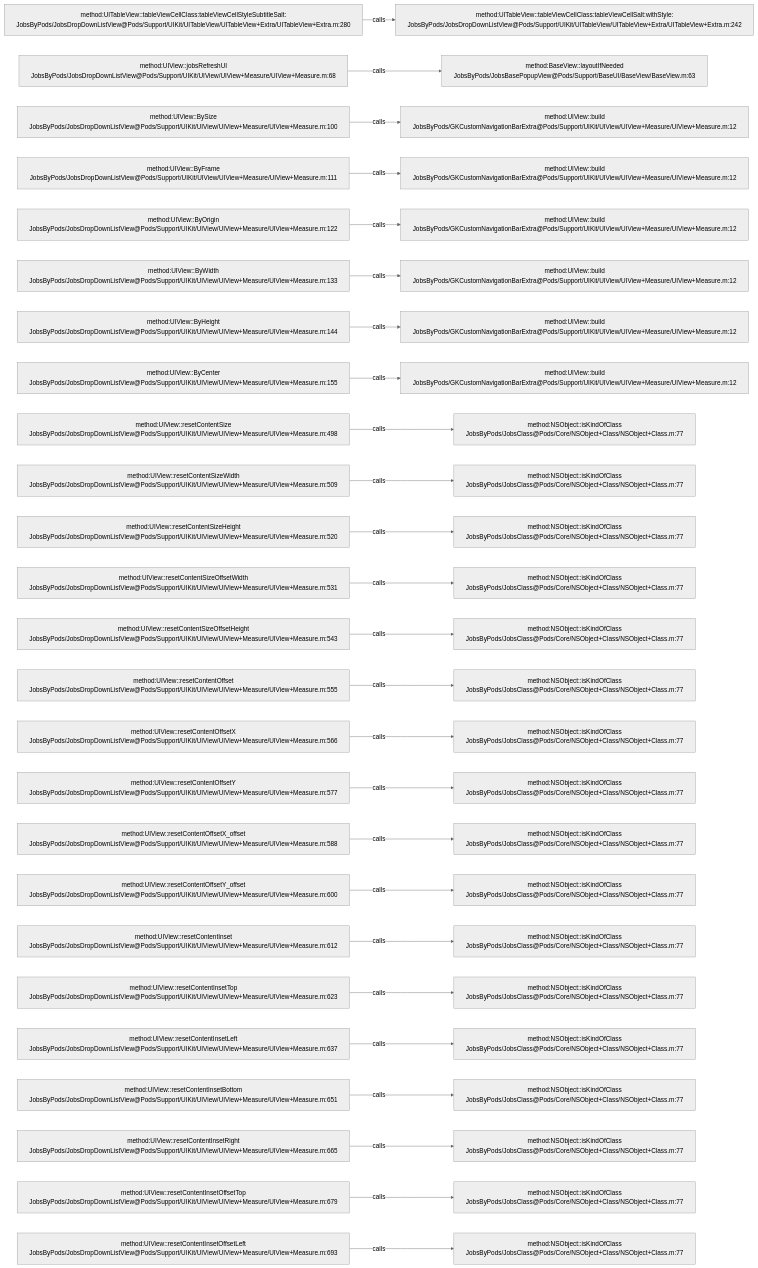
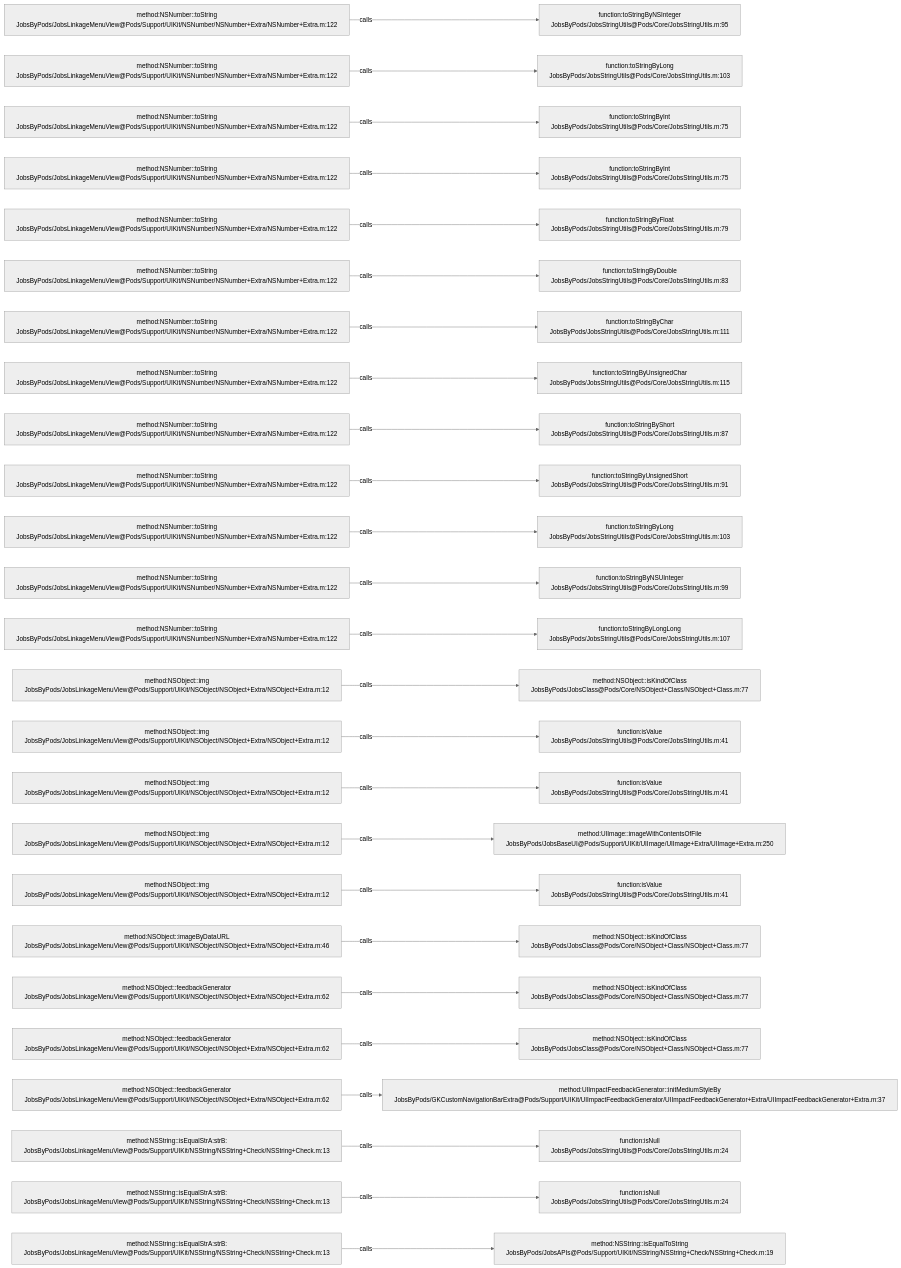
One commit to JobsKits/JobsOCBaseConfigDemo changed the diagram in .codegraph/codegraph.md/graphs/calls-098.md. Above: the diagram before and after it, drawn with Mermaid (neutral theme). The commit also changed 639 other files, not shown here.

````diff
--- a/.codegraph/codegraph.md/graphs/calls-098.md
+++ b/.codegraph/codegraph.md/graphs/calls-098.md
@@ -13,78 +13,78 @@
 ```mermaid
 flowchart LR
-  S1["method:UITableView::tableViewCellClass:tableViewCellStyleSubtitleSalt:<br/>JobsByPods/JobsDropDownListView@Pods/Support/UIKit/UITableView/UITableView+Extra/UITableView+Extra.m:280"]
-  T1["method:UITableView::tableViewCellClass:tableViewCellSalt:withStyle:<br/>JobsByPods/JobsDropDownListView@Pods/Support/UIKit/UITableView/UITableView+Extra/UITableView+Extra.m:242"]
+  S1["method:NSNumber::toString<br/>JobsByPods/JobsLinkageMenuView@Pods/Support/UIKit/NSNumber/NSNumber+Extra/NSNumber+Extra.m:122"]
+  T1["function:toStringByNSInteger<br/>JobsByPods/JobsStringUtils@Pods/Core/JobsStringUtils.m:95"]
   S1 -->|calls| T1
-  S2["method:UIView::jobsRefreshUI<br/>JobsByPods/JobsDropDownListView@Pods/Support/UIKit/UIView/UIView+Measure/UIView+Measure.m:68"]
-  T2["method:BaseView::layoutIfNeeded<br/>JobsByPods/JobsBasePopupView@Pods/Support/BaseUI/BaseView/BaseView.m:63"]
+  S2["method:NSNumber::toString<br/>JobsByPods/JobsLinkageMenuView@Pods/Support/UIKit/NSNumber/NSNumber+Extra/NSNumber+Extra.m:122"]
+  T2["function:toStringByLong<br/>JobsByPods/JobsStringUtils@Pods/Core/JobsStringUtils.m:103"]
   S2 -->|calls| T2
-  S3["method:UIView::BySize<br/>JobsByPods/JobsDropDownListView@Pods/Support/UIKit/UIView/UIView+Measure/UIView+Measure.m:100"]
-  T3["method:UIView::build<br/>JobsByPods/GKCustomNavigationBarExtra@Pods/Support/UIKit/UIView/UIView+Measure/UIView+Measure.m:12"]
+  S3["method:NSNumber::toString<br/>JobsByPods/JobsLinkageMenuView@Pods/Support/UIKit/NSNumber/NSNumber+Extra/NSNumber+Extra.m:122"]
+  T3["function:toStringByInt<br/>JobsByPods/JobsStringUtils@Pods/Core/JobsStringUtils.m:75"]
   S3 -->|calls| T3
-  S4["method:UIView::ByFrame<br/>JobsByPods/JobsDropDownListView@Pods/Support/UIKit/UIView/UIView+Measure/UIView+Measure.m:111"]
-  T4["method:UIView::build<br/>JobsByPods/GKCustomNavigationBarExtra@Pods/Support/UIKit/UIView/UIView+Measure/UIView+Measure.m:12"]
+  S4["method:NSNumber::toString<br/>JobsByPods/JobsLinkageMenuView@Pods/Support/UIKit/NSNumber/NSNumber+Extra/NSNumber+Extra.m:122"]
+  T4["function:toStringByInt<br/>JobsByPods/JobsStringUtils@Pods/Core/JobsStringUtils.m:75"]
   S4 -->|calls| T4
-  S5["method:UIView::ByOrigin<br/>JobsByPods/JobsDropDownListView@Pods/Support/UIKit/UIView/UIView+Measure/UIView+Measure.m:122"]
-  T5["method:UIView::build<br/>JobsByPods/GKCustomNavigationBarExtra@Pods/Support/UIKit/UIView/UIView+Measure/UIView+Measure.m:12"]
+  S5["method:NSNumber::toString<br/>JobsByPods/JobsLinkageMenuView@Pods/Support/UIKit/NSNumber/NSNumber+Extra/NSNumber+Extra.m:122"]
+  T5["function:toStringByFloat<br/>JobsByPods/JobsStringUtils@Pods/Core/JobsStringUtils.m:79"]
   S5 -->|calls| T5
-  S6["method:UIView::ByWidth<br/>JobsByPods/JobsDropDownListView@Pods/Support/UIKit/UIView/UIView+Measure/UIView+Measure.m:133"]
-  T6["method:UIView::build<br/>JobsByPods/GKCustomNavigationBarExtra@Pods/Support/UIKit/UIView/UIView+Measure/UIView+Measure.m:12"]
+  S6["method:NSNumber::toString<br/>JobsByPods/JobsLinkageMenuView@Pods/Support/UIKit/NSNumber/NSNumber+Extra/NSNumber+Extra.m:122"]
+  T6["function:toStringByDouble<br/>JobsByPods/JobsStringUtils@Pods/Core/JobsStringUtils.m:83"]
   S6 -->|calls| T6
-  S7["method:UIView::ByHeight<br/>JobsByPods/JobsDropDownListView@Pods/Support/UIKit/UIView/UIView+Measure/UIView+Measure.m:144"]
-  T7["method:UIView::build<br/>JobsByPods/GKCustomNavigationBarExtra@Pods/Support/UIKit/UIView/UIView+Measure/UIView+Measure.m:12"]
+  S7["method:NSNumber::toString<br/>JobsByPods/JobsLinkageMenuView@Pods/Support/UIKit/NSNumber/NSNumber+Extra/NSNumber+Extra.m:122"]
+  T7["function:toStringByChar<br/>JobsByPods/JobsStringUtils@Pods/Core/JobsStringUtils.m:111"]
   S7 -->|calls| T7
-  S8["method:UIView::ByCenter<br/>JobsByPods/JobsDropDownListView@Pods/Support/UIKit/UIView/UIView+Measure/UIView+Measure.m:155"]
-  T8["method:UIView::build<br/>JobsByPods/GKCustomNavigationBarExtra@Pods/Support/UIKit/UIView/UIView+Measure/UIView+Measure.m:12"]
+  S8["method:NSNumber::toString<br/>JobsByPods/JobsLinkageMenuView@Pods/Support/UIKit/NSNumber/NSNumber+Extra/NSNumber+Extra.m:122"]
+  T8["function:toStringByUnsignedChar<br/>JobsByPods/JobsStringUtils@Pods/Core/JobsStringUtils.m:115"]
   S8 -->|calls| T8
-  S9["method:UIView::resetContentSize<br/>JobsByPods/JobsDropDownListView@Pods/Support/UIKit/UIView/UIView+Measure/UIView+Measure.m:498"]
-  T9["method:NSObject::isKindOfClass<br/>JobsByPods/JobsClass@Pods/Core/NSObject+Class/NSObject+Class.m:77"]
+  S9["method:NSNumber::toString<br/>JobsByPods/JobsLinkageMenuView@Pods/Support/UIKit/NSNumber/NSNumber+Extra/NSNumber+Extra.m:122"]
+  T9["function:toStringByShort<br/>JobsByPods/JobsStringUtils@Pods/Core/JobsStringUtils.m:87"]
   S9 -->|calls| T9
-  S10["method:UIView::resetContentSizeWidth<br/>JobsByPods/JobsDropDownListView@Pods/Support/UIKit/UIView/UIView+Measure/UIView+Measure.m:509"]
-  T10["method:NSObject::isKindOfClass<br/>JobsByPods/JobsClass@Pods/Core/NSObject+Class/NSObject+Class.m:77"]
+  S10["method:NSNumber::toString<br/>JobsByPods/JobsLinkageMenuView@Pods/Support/UIKit/NSNumber/NSNumber+Extra/NSNumber+Extra.m:122"]
+  T10["function:toStringByUnsignedShort<br/>JobsByPods/JobsStringUtils@Pods/Core/JobsStringUtils.m:91"]
   S10 -->|calls| T10
-  S11["method:UIView::resetContentSizeHeight<br/>JobsByPods/JobsDropDownListView@Pods/Support/UIKit/UIView/UIView+Measure/UIView+Measure.m:520"]
-  T11["method:NSObject::isKindOfClass<br/>JobsByPods/JobsClass@Pods/Core/NSObject+Class/NSObject+Class.m:77"]
+  S11["method:NSNumber::toString<br/>JobsByPods/JobsLinkageMenuView@Pods/Support/UIKit/NSNumber/NSNumber+Extra/NSNumber+Extra.m:122"]
+  T11["function:toStringByLong<br/>JobsByPods/JobsStringUtils@Pods/Core/JobsStringUtils.m:103"]
   S11 -->|calls| T11
-  S12["method:UIView::resetContentSizeOffsetWidth<br/>JobsByPods/JobsDropDownListView@Pods/Support/UIKit/UIView/UIView+Measure/UIView+Measure.m:531"]
-  T12["method:NSObject::isKindOfClass<br/>JobsByPods/JobsClass@Pods/Core/NSObject+Class/NSObject+Class.m:77"]
+  S12["method:NSNumber::toString<br/>JobsByPods/JobsLinkageMenuView@Pods/Support/UIKit/NSNumber/NSNumber+Extra/NSNumber+Extra.m:122"]
+  T12["function:toStringByNSUInteger<br/>JobsByPods/JobsStringUtils@Pods/Core/JobsStringUtils.m:99"]
   S12 -->|calls| T12
-  S13["method:UIView::resetContentSizeOffsetHeight<br/>JobsByPods/JobsDropDownListView@Pods/Support/UIKit/UIView/UIView+Measure/UIView+Measure.m:543"]
-  T13["method:NSObject::isKindOfClass<br/>JobsByPods/JobsClass@Pods/Core/NSObject+Class/NSObject+Class.m:77"]
+  S13["method:NSNumber::toString<br/>JobsByPods/JobsLinkageMenuView@Pods/Support/UIKit/NSNumber/NSNumber+Extra/NSNumber+Extra.m:122"]
+  T13["function:toStringByLongLong<br/>JobsByPods/JobsStringUtils@Pods/Core/JobsStringUtils.m:107"]
   S13 -->|calls| T13
-  S14["method:UIView::resetContentOffset<br/>JobsByPods/JobsDropDownListView@Pods/Support/UIKit/UIView/UIView+Measure/UIView+Measure.m:555"]
+  S14["method:NSObject::img<br/>JobsByPods/JobsLinkageMenuView@Pods/Support/UIKit/NSObject/NSObject+Extra/NSObject+Extra.m:12"]
   T14["method:NSObject::isKindOfClass<br/>JobsByPods/JobsClass@Pods/Core/NSObject+Class/NSObject+Class.m:77"]
   S14 -->|calls| T14
-  S15["method:UIView::resetContentOffsetX<br/>JobsByPods/JobsDropDownListView@Pods/Support/UIKit/UIView/UIView+Measure/UIView+Measure.m:566"]
-  T15["method:NSObject::isKindOfClass<br/>JobsByPods/JobsClass@Pods/Core/NSObject+Class/NSObject+Class.m:77"]
+  S15["method:NSObject::img<br/>JobsByPods/JobsLinkageMenuView@Pods/Support/UIKit/NSObject/NSObject+Extra/NSObject+Extra.m:12"]
+  T15["function:isValue<br/>JobsByPods/JobsStringUtils@Pods/Core/JobsStringUtils.m:41"]
   S15 -->|calls| T15
-  S16["method:UIView::resetContentOffsetY<br/>JobsByPods/JobsDropDownListView@Pods/Support/UIKit/UIView/UIView+Measure/UIView+Measure.m:577"]
-  T16["method:NSObject::isKindOfClass<br/>JobsByPods/JobsClass@Pods/Core/NSObject+Class/NSObject+Class.m:77"]
+  S16["method:NSObject::img<br/>JobsByPods/JobsLinkageMenuView@Pods/Support/UIKit/NSObject/NSObject+Extra/NSObject+Extra.m:12"]
+  T16["function:isValue<br/>JobsByPods/JobsStringUtils@Pods/Core/JobsStringUtils.m:41"]
   S16 -->|calls| T16
-  S17["method:UIView::resetContentOffsetX_offset<br/>JobsByPods/JobsDropDownListView@Pods/Support/UIKit/UIView/UIView+Measure/UIView+Measure.m:588"]
-  T17["method:NSObject::isKindOfClass<br/>JobsByPods/JobsClass@Pods/Core/NSObject+Class/NSObject+Class.m:77"]
+  S17["method:NSObject::img<br/>JobsByPods/JobsLinkageMenuView@Pods/Support/UIKit/NSObject/NSObject+Extra/NSObject+Extra.m:12"]
+  T17["method:UIImage::imageWithContentsOfFile<br/>JobsByPods/JobsBaseUI@Pods/Support/UIKit/UIImage/UIImage+Extra/UIImage+Extra.m:250"]
   S17 -->|calls| T17
-  S18["method:UIView::resetContentOffsetY_offset<br/>JobsByPods/JobsDropDownListView@Pods/Support/UIKit/UIView/UIView+Measure/UIView+Measure.m:600"]
-  T18["method:NSObject::isKindOfClass<br/>JobsByPods/JobsClass@Pods/Core/NSObject+Class/NSObject+Class.m:77"]
+  S18["method:NSObject::img<br/>JobsByPods/JobsLinkageMenuView@Pods/Support/UIKit/NSObject/NSObject+Extra/NSObject+Extra.m:12"]
+  T18["function:isValue<br/>JobsByPods/JobsStringUtils@Pods/Core/JobsStringUtils.m:41"]
   S18 -->|calls| T18
-  S19["method:UIView::resetContentInset<br/>JobsByPods/JobsDropDownListView@Pods/Support/UIKit/UIView/UIView+Measure/UIView+Measure.m:612"]
+  S19["method:NSObject::imageByDataURL<br/>JobsByPods/JobsLinkageMenuView@Pods/Support/UIKit/NSObject/NSObject+Extra/NSObject+Extra.m:46"]
   T19["method:NSObject::isKindOfClass<br/>JobsByPods/JobsClass@Pods/Core/NSObject+Class/NSObject+Class.m:77"]
   S19 -->|calls| T19
-  S20["method:UIView::resetContentInsetTop<br/>JobsByPods/JobsDropDownListView@Pods/Support/UIKit/UIView/UIView+Measure/UIView+Measure.m:623"]
+  S20["method:NSObject::feedbackGenerator<br/>JobsByPods/JobsLinkageMenuView@Pods/Support/UIKit/NSObject/NSObject+Extra/NSObject+Extra.m:62"]
   T20["method:NSObject::isKindOfClass<br/>JobsByPods/JobsClass@Pods/Core/NSObject+Class/NSObject+Class.m:77"]
   S20 -->|calls| T20
-  S21["method:UIView::resetContentInsetLeft<br/>JobsByPods/JobsDropDownListView@Pods/Support/UIKit/UIView/UIView+Measure/UIView+Measure.m:637"]
+  S21["method:NSObject::feedbackGenerator<br/>JobsByPods/JobsLinkageMenuView@Pods/Support/UIKit/NSObject/NSObject+Extra/NSObject+Extra.m:62"]
   T21["method:NSObject::isKindOfClass<br/>JobsByPods/JobsClass@Pods/Core/NSObject+Class/NSObject+Class.m:77"]
   S21 -->|calls| T21
-  S22["method:UIView::resetContentInsetBottom<br/>JobsByPods/JobsDropDownListView@Pods/Support/UIKit/UIView/UIView+Measure/UIView+Measure.m:651"]
-  T22["method:NSObject::isKindOfClass<br/>JobsByPods/JobsClass@Pods/Core/NSObject+Class/NSObject+Class.m:77"]
+  S22["method:NSObject::feedbackGenerator<br/>JobsByPods/JobsLinkageMenuView@Pods/Support/UIKit/NSObject/NSObject+Extra/NSObject+Extra.m:62"]
+  T22["method:UIImpactFeedbackGenerator::initMediumStyleBy<br/>JobsByPods/GKCustomNavigationBarExtra@Pods/Support/UIKit/UIImpactFeedbackGenerator/UIImpactFeedbackGenerator+Extra/UIImpactFeedbackGenerator+Extra.m:37"]
   S22 -->|calls| T22
-  S23["method:UIView::resetContentInsetRight<br/>JobsByPods/JobsDropDownListView@Pods/Support/UIKit/UIView/UIView+Measure/UIView+Measure.m:665"]
-  T23["method:NSObject::isKindOfClass<br/>JobsByPods/JobsClass@Pods/Core/NSObject+Class/NSObject+Class.m:77"]
+  S23["method:NSString::isEqualStrA:strB:<br/>JobsByPods/JobsLinkageMenuView@Pods/Support/UIKit/NSString/NSString+Check/NSString+Check.m:13"]
+  T23["function:isNull<br/>JobsByPods/JobsStringUtils@Pods/Core/JobsStringUtils.m:24"]
   S23 -->|calls| T23
-  S24["method:UIView::resetContentInsetOffsetTop<br/>JobsByPods/JobsDropDownListView@Pods/Support/UIKit/UIView/UIView+Measure/UIView+Measure.m:679"]
-  T24["method:NSObject::isKindOfClass<br/>JobsByPods/JobsClass@Pods/Core/NSObject+Class/NSObject+Class.m:77"]
+  S24["method:NSString::isEqualStrA:strB:<br/>JobsByPods/JobsLinkageMenuView@Pods/Support/UIKit/NSString/NSString+Check/NSString+Check.m:13"]
+  T24["function:isNull<br/>JobsByPods/JobsStringUtils@Pods/Core/JobsStringUtils.m:24"]
   S24 -->|calls| T24
-  S25["method:UIView::resetContentInsetOffsetLeft<br/>JobsByPods/JobsDropDownListView@Pods/Support/UIKit/UIView/UIView+Measure/UIView+Measure.m:693"]
-  T25["method:NSObject::isKindOfClass<br/>JobsByPods/JobsClass@Pods/Core/NSObject+Class/NSObject+Class.m:77"]
+  S25["method:NSString::isEqualStrA:strB:<br/>JobsByPods/JobsLinkageMenuView@Pods/Support/UIKit/NSString/NSString+Check/NSString+Check.m:13"]
+  T25["method:NSString::isEqualToString<br/>JobsByPods/JobsAPIs@Pods/Support/UIKit/NSString/NSString+Check/NSString+Check.m:19"]
   S25 -->|calls| T25
 ```
````
